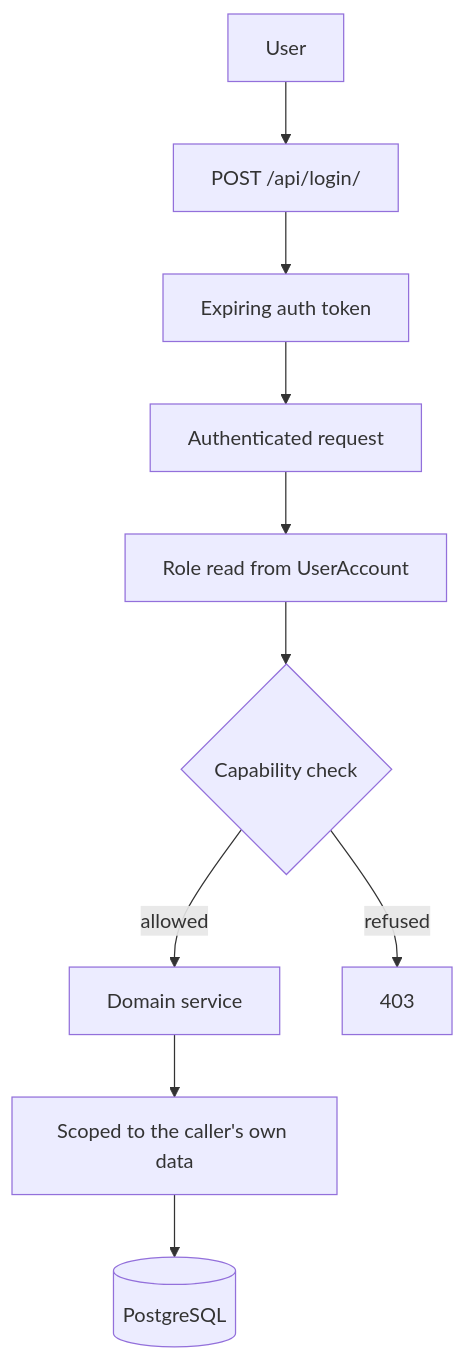
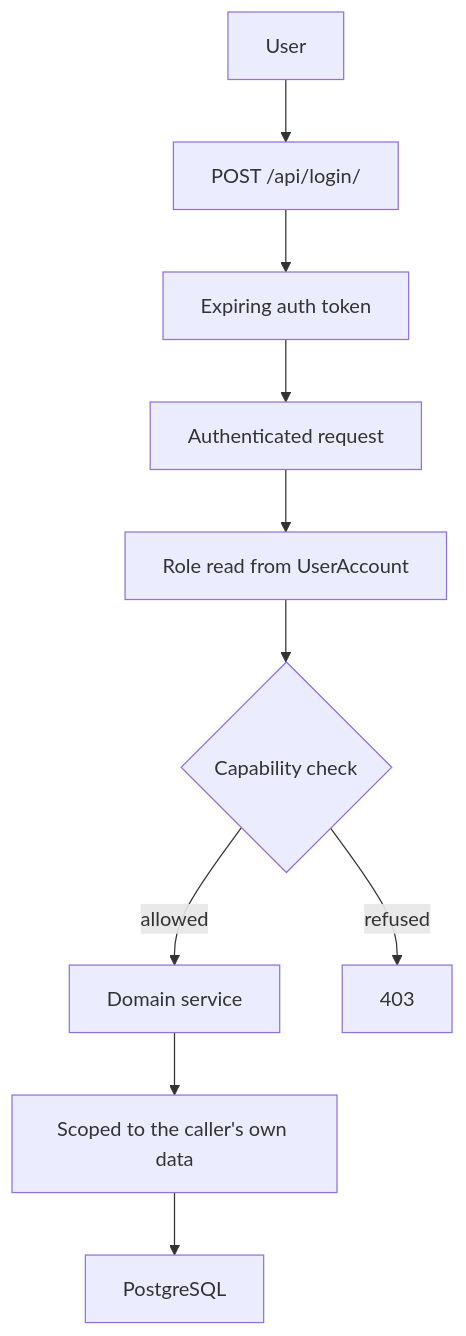
Diagram 19 of 21 in README.md (Yousef-7ossam/Roshada), drawn with Mermaid before and after one commit. The commit also changed other lines of this file and 1 other file, not shown here.

````diff
--- a/README.md
+++ b/README.md
@@ -716,12 +726,12 @@
 ```mermaid
 graph TD
     U[User] --> LOGIN[POST /api/login/]
     LOGIN --> TOK[Expiring auth token]
     TOK --> REQ[Authenticated request]
     REQ --> ROLE[Role read from UserAccount]
     ROLE --> CAP{Capability check}
     CAP -->|allowed| SVC[Domain service]
     CAP -->|refused| DENY[403]
-    SVC --> SCOPE[Scoped to the caller's own data]
-    SCOPE --> DB[(PostgreSQL)]
+    SVC --> SCOPE["Scoped to the caller's own data"]
+    SCOPE --> DB[PostgreSQL]
 ```
````
